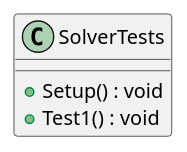
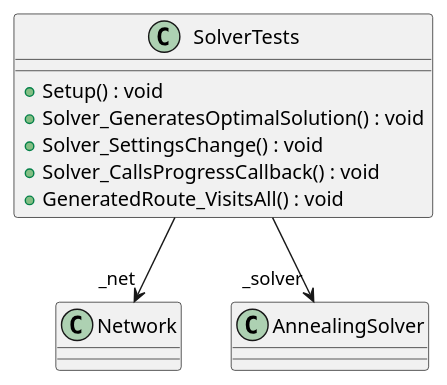
Before and after one commit to Liftyee/london-tube-navigator: the diagram in TubeChallengeRouter/puml/RouteSolverTests/AnnealingSolverTests.puml, drawn with PlantUML. The commit also changed 19 other files, not shown here.

```diff
--- a/TubeChallengeRouter/puml/RouteSolverTests/AnnealingSolverTests.puml
+++ b/TubeChallengeRouter/puml/RouteSolverTests/AnnealingSolverTests.puml
@@ -1,6 +1,11 @@
 @startuml
 class SolverTests {
     + Setup() : void
-    + Test1() : void
+    + Solver_GeneratesOptimalSolution() : void
+    + Solver_SettingsChange() : void
+    + Solver_CallsProgressCallback() : void
+    + GeneratedRoute_VisitsAll() : void
 }
+SolverTests --> "_net" Network
+SolverTests --> "_solver" AnnealingSolver
 @enduml
```
